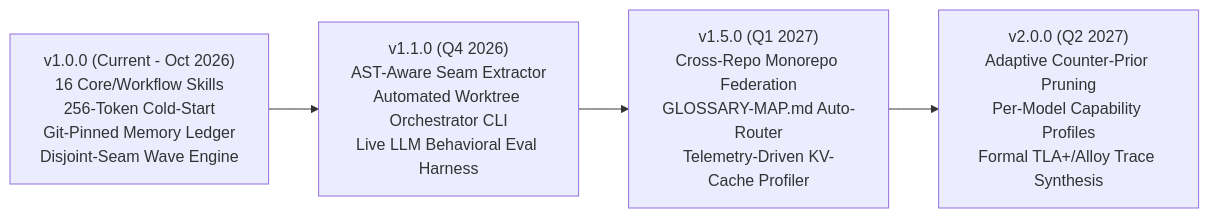
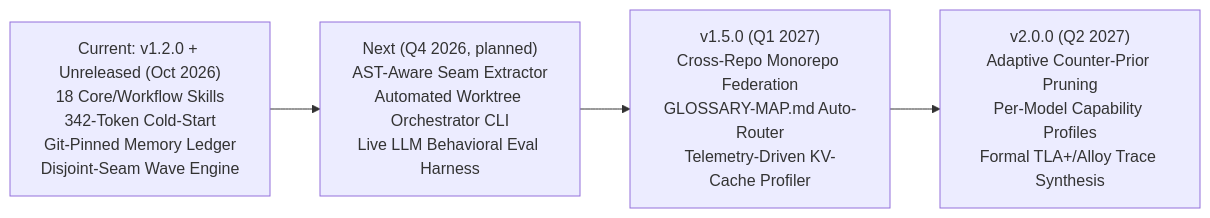
The diagram in docs/ROADMAP.md (thehenrylabsdev/apex-skills), drawn with Mermaid before and after one commit. The commit also changed other lines of this file and 13 other files, not shown here.

````diff
--- a/docs/ROADMAP.md
+++ b/docs/ROADMAP.md
@@ -5,6 +5,6 @@
 ```mermaid
 flowchart LR
-    V10["v1.0.0 (Current - Oct 2026)<br/>16 Core/Workflow Skills<br/>256-Token Cold-Start<br/>Git-Pinned Memory Ledger<br/>Disjoint-Seam Wave Engine"] --> V11["v1.1.0 (Q4 2026)<br/>AST-Aware Seam Extractor<br/>Automated Worktree Orchestrator CLI<br/>Live LLM Behavioral Eval Harness"]
+    V10["Current: v1.2.0 + Unreleased (Oct 2026)<br/>18 Core/Workflow Skills<br/>342-Token Cold-Start<br/>Git-Pinned Memory Ledger<br/>Disjoint-Seam Wave Engine"] --> V11["Next (Q4 2026, planned)<br/>AST-Aware Seam Extractor<br/>Automated Worktree Orchestrator CLI<br/>Live LLM Behavioral Eval Harness"]
     V11 --> V15["v1.5.0 (Q1 2027)<br/>Cross-Repo Monorepo Federation<br/>GLOSSARY-MAP.md Auto-Router<br/>Telemetry-Driven KV-Cache Profiler"]
     V15 --> V20["v2.0.0 (Q2 2027)<br/>Adaptive Counter-Prior Pruning<br/>Per-Model Capability Profiles<br/>Formal TLA+/Alloy Trace Synthesis"]
 ```
````
